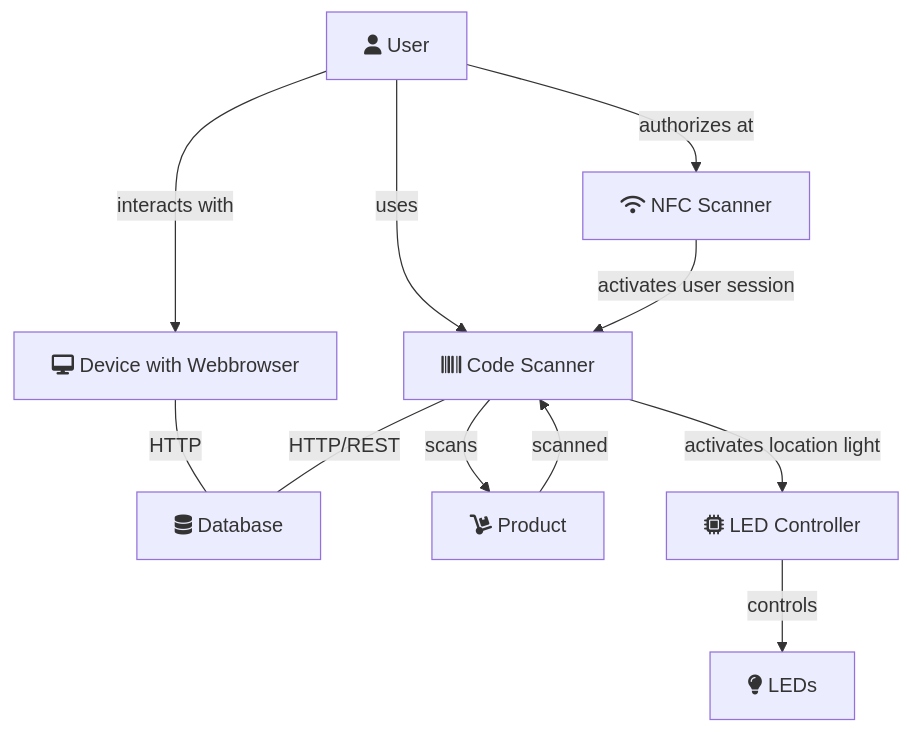
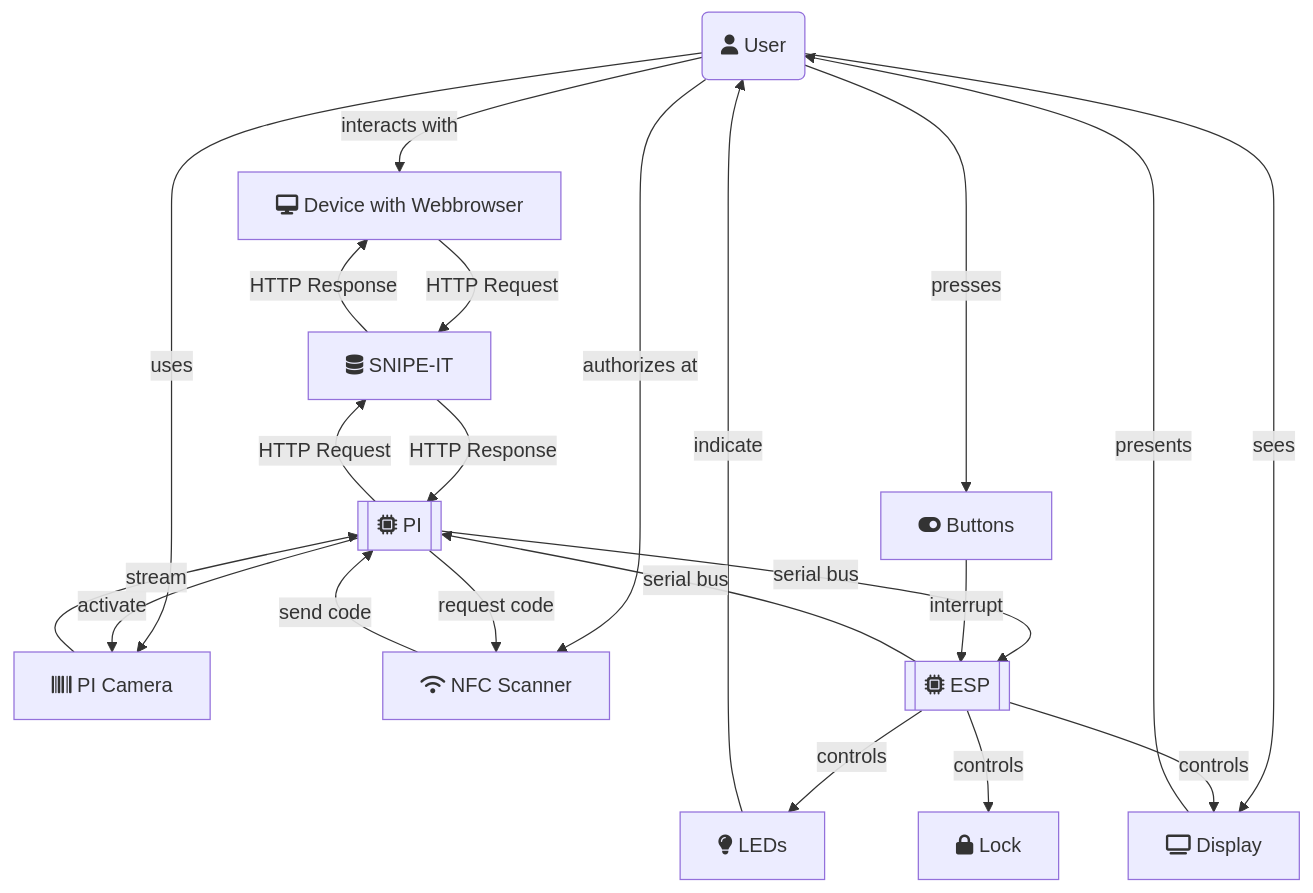
The diagram in README.md (nikcani/io-terminal), drawn with Mermaid before and after one commit.

Commit message:
update to new architecture

````diff
--- a/README.md
+++ b/README.md
@@ -11,21 +11,49 @@
 ```mermaid
-graph TD;
-A[fa:fa-database Database];
-B[fa:fa-barcode Code Scanner];
-C[fa:fa-user User];
-D[fa:fa-desktop Device with Webbrowser];
-E[fa:fa-wifi NFC Scanner];
-F[fa:fa-dolly Product];
-H[fa:fa-microchip LED Controller];
-I[fa:fa-lightbulb LEDs];
-D---|HTTP|A;
-C-->|uses|B;
-C-->|interacts with|D;
-C-->|authorizes at|E;
-E-->|activates user session|B;
-B-->|scans|F;
-F-->|scanned|B;
-B---|HTTP/REST|A;
-H-->|controls|I;
-B-->|activates location light|H;
+graph TD
+
+USER(fa:fa-user User)
+
+BROWSER[fa:fa-desktop Device with Webbrowser]
+
+SNIPEIT[fa:fa-database SNIPE-IT]
+
+PI[[fa:fa-microchip PI]]
+CAMERA[fa:fa-barcode PI Camera]
+NFCSCANNER[fa:fa-wifi NFC Scanner]
+
+ESP[[fa:fa-microchip ESP]]
+LED[fa:fa-lightbulb LEDs]
+BUTTONS[fa:fa-toggle-on Buttons]
+DISPLAY[fa:fa-tv Display]
+LOCK[fa:fa-lock Lock]
+
+USER-->|interacts with|BROWSER
+USER-->|sees|DISPLAY
+USER-->|authorizes at|NFCSCANNER
+USER-->|presses|BUTTONS
+USER-->|uses|CAMERA
+
+DISPLAY-->|presents|USER
+LED-->|indicate|USER
+
+BROWSER-->|HTTP Request|SNIPEIT
+SNIPEIT-->|HTTP Response|BROWSER
+
+PI-->|HTTP Request|SNIPEIT
+SNIPEIT-->|HTTP Response|PI
+
+NFCSCANNER-->|send code|PI
+PI-->|request code|NFCSCANNER
+
+CAMERA-->|stream|PI
+PI-->|activate|CAMERA
+
+ESP-->|serial bus|PI
+PI-->|serial bus|ESP
+
+ESP-->|controls|LED
+ESP-->|controls|DISPLAY
+ESP-->|controls|LOCK
+
+BUTTONS-->|interrupt|ESP
 ```
````
